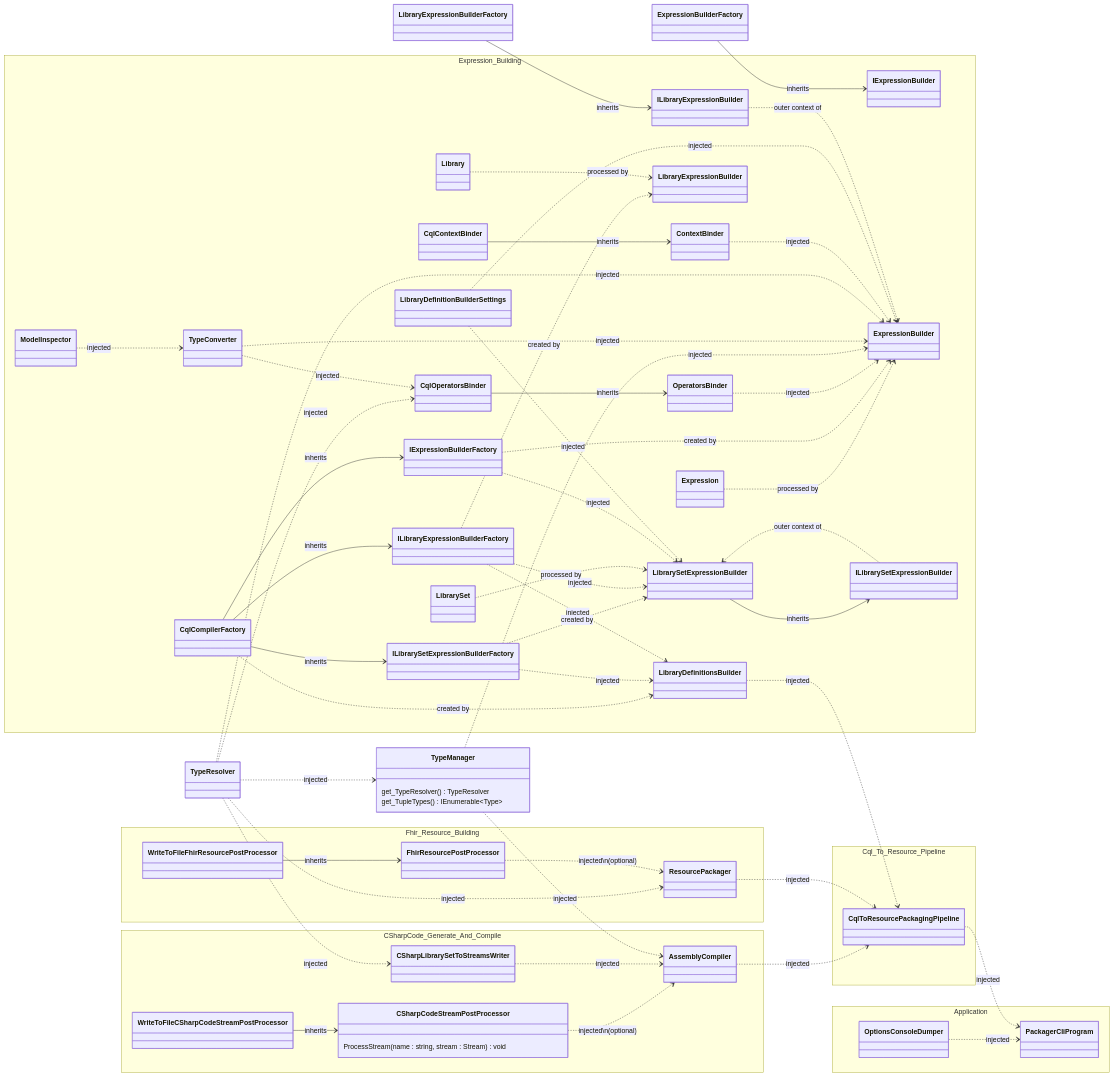
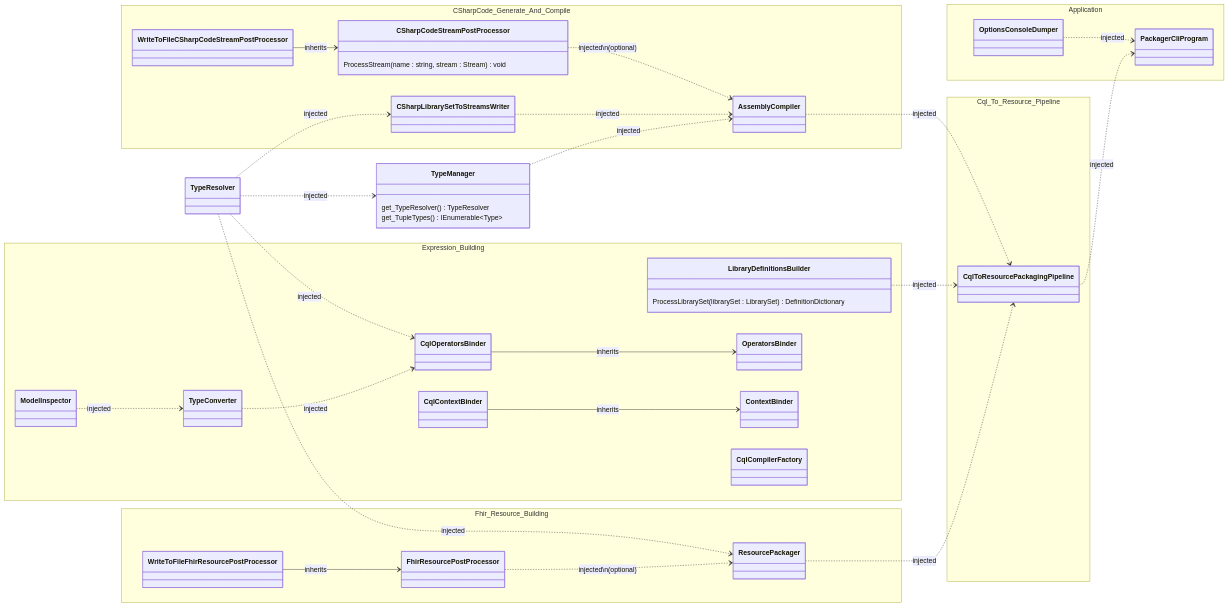
Before and after one commit to FirelyTeam/firely-cql-sdk: the second of 2 diagrams in docs/packager-cli-dependency-graph.md, drawn with Mermaid. The commit also changed other lines of this file and 10 other files, not shown here.

Commit message:
Rename some tinerfaces, and split diagram in two

```diff
--- a/docs/packager-cli-dependency-graph.md
+++ b/docs/packager-cli-dependency-graph.md
@@ -25,47 +162,8 @@
     }
 
     namespace Expression_Building {
-        class Expression{
-        }
-
-        class Library{
-        }
-
-        class LibrarySet{
-        }
-
-        class LibraryDefinitionBuilderSettings {
-        }
-
-        class IExpressionBuilderFactory {
-        }
-
-        class IExpressionBuilder{
-        }
-
-        class ExpressionBuilder{
-        }
-
-        class ILibraryExpressionBuilderFactory {
-        }
-
-        class ILibraryExpressionBuilder{
-        }
-
-        class LibraryExpressionBuilder{
-        }
-
-        class ILibrarySetExpressionBuilderFactory {
-        }
-
-        class ILibrarySetExpressionBuilder{
-        }
-
-        class LibrarySetExpressionBuilder{
-        }
-
         class LibraryDefinitionsBuilder {
-%%            ProcessLibrarySet(librarySet : LibrarySet) DefinitionDictionary<LambdaExpression>
+            ProcessLibrarySet(librarySet : LibrarySet) DefinitionDictionary<LambdaExpression>
         }
 
         class OperatorsBinder {
@@ -129,13 +227,6 @@
 
     %% Inheritance  
 
-    CqlCompilerFactory --> ILibrarySetExpressionBuilderFactory : inherits
-    CqlCompilerFactory --> ILibraryExpressionBuilderFactory : inherits
-    CqlCompilerFactory --> IExpressionBuilderFactory : inherits
-    LibrarySetExpressionBuilder --> ILibrarySetExpressionBuilder : inherits
-    LibraryExpressionBuilderFactory --> ILibraryExpressionBuilder : inherits
-    ExpressionBuilderFactory --> IExpressionBuilder : inherits
-   
     CqlOperatorsBinder --> OperatorsBinder : inherits
     CqlContextBinder --> ContextBinder : inherits
     WriteToFileCSharpCodeStreamPostProcessor --> CSharpCodeStreamPostProcessor : inherits
@@ -147,31 +238,6 @@
     CSharpLibrarySetToStreamsWriter ..> AssemblyCompiler : injected
     TypeManager ..> AssemblyCompiler : injected
     
-    Expression ..> ExpressionBuilder : processed by
-
-    CqlCompilerFactory ..> LibraryDefinitionsBuilder : created by
-    ILibrarySetExpressionBuilderFactory ..> LibraryDefinitionsBuilder : injected
-    ILibraryExpressionBuilderFactory ..> LibraryDefinitionsBuilder : injected
-
-    ILibrarySetExpressionBuilderFactory ..> LibrarySetExpressionBuilder : created by
-    ILibraryExpressionBuilderFactory ..> LibrarySetExpressionBuilder : injected
-    LibrarySet ..> LibrarySetExpressionBuilder : processed by
-
-    ILibraryExpressionBuilderFactory ..> LibraryExpressionBuilder : created by
-    IExpressionBuilderFactory ..> LibrarySetExpressionBuilder : injected
-    LibraryDefinitionBuilderSettings ..> LibrarySetExpressionBuilder : injected
-    Library ..> LibraryExpressionBuilder : processed by
-    ILibrarySetExpressionBuilder ..> LibrarySetExpressionBuilder : outer context of
-
-    IExpressionBuilderFactory ..> ExpressionBuilder : created by
-    OperatorsBinder ..> ExpressionBuilder : injected
-    TypeManager ..> ExpressionBuilder : injected
-    TypeConverter ..> ExpressionBuilder : injected
-    TypeResolver ..> ExpressionBuilder : injected
-    ContextBinder ..> ExpressionBuilder : injected
-    LibraryDefinitionBuilderSettings ..> ExpressionBuilder : injected
-    ILibraryExpressionBuilder ..> ExpressionBuilder : outer context of
-
     AssemblyCompiler ..> CqlToResourcePackagingPipeline : injected
     LibraryDefinitionsBuilder ..> CqlToResourcePackagingPipeline : injected
     ResourcePackager ..> CqlToResourcePackagingPipeline : injected 
```
